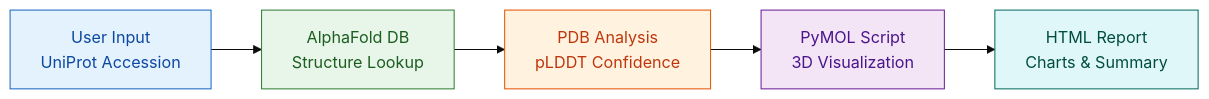
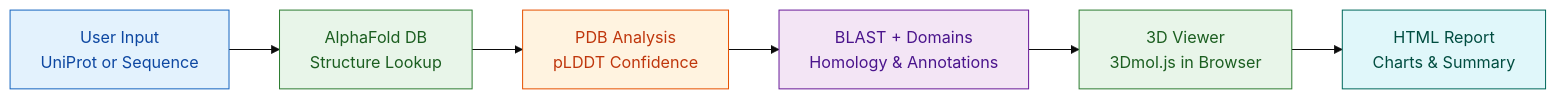
One commit to sanjanb/bio-pipeline changed the first of 3 diagrams in README.md. Above: the diagram before and after it, drawn with Mermaid (base theme). The commit also changed other lines of this file and 1 other file, not shown here.

Commit message:
feat: 3D viewer hover outline + click sticks interaction

````diff
--- a/README.md
+++ b/README.md
@@ -21,13 +22,15 @@
 ```mermaid
 graph LR
-    A["User Input<br/>UniProt Accession"] --> B["AlphaFold DB<br/>Structure Lookup"]
+    A["User Input<br/>UniProt or Sequence"] --> B["AlphaFold DB<br/>Structure Lookup"]
     B --> C["PDB Analysis<br/>pLDDT Confidence"]
-    C --> D["PyMOL Script<br/>3D Visualization"]
-    D --> E["HTML Report<br/>Charts &amp; Summary"]
+    C --> D["BLAST + Domains<br/>Homology &amp; Annotations"]
+    D --> E["3D Viewer<br/>3Dmol.js in Browser"]
+    E --> F["HTML Report<br/>Charts &amp; Summary"]
 
     style A fill:#E3F2FD,stroke:#1565C0,color:#0D47A1
     style B fill:#E8F5E9,stroke:#2E7D32,color:#1B5E20
     style C fill:#FFF3E0,stroke:#E65100,color:#BF360C
     style D fill:#F3E5F5,stroke:#6A1B9A,color:#4A148C
-    style E fill:#E0F7FA,stroke:#00695C,color:#004D40
+    style E fill:#E8F5E9,stroke:#2E7D32,color:#1B5E20
+    style F fill:#E0F7FA,stroke:#00695C,color:#004D40
 ```
````
